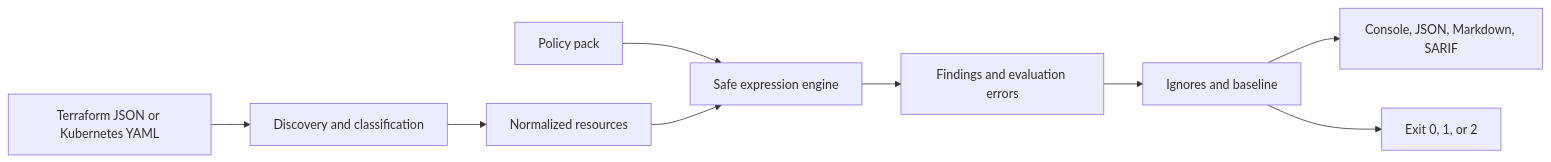
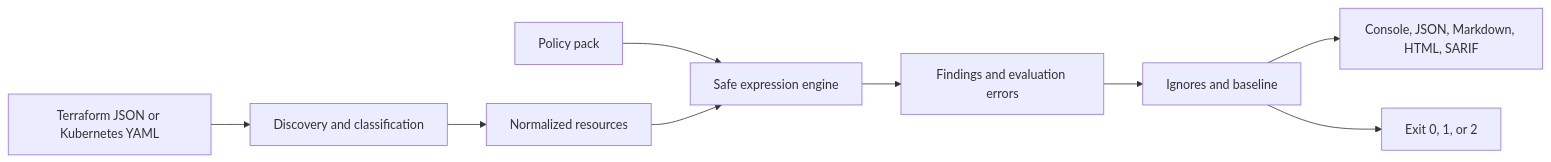
Before and after one commit to dev-rudran/cloudrift: the diagram in README.md, drawn with Mermaid. The commit also changed other lines of this file and 6 other files, not shown here.

````diff
--- a/README.md
+++ b/README.md
@@ -446,11 +454,11 @@
 ```mermaid
 flowchart LR
     A[Terraform JSON or Kubernetes YAML] --> B[Discovery and classification]
     B --> C[Normalized resources]
     P[Policy pack] --> D[Safe expression engine]
     C --> D
     D --> E[Findings and evaluation errors]
     E --> F[Ignores and baseline]
-    F --> G[Console, JSON, Markdown, SARIF]
+    F --> G[Console, JSON, Markdown, HTML, SARIF]
     F --> H[Exit 0, 1, or 2]
 ```
````
